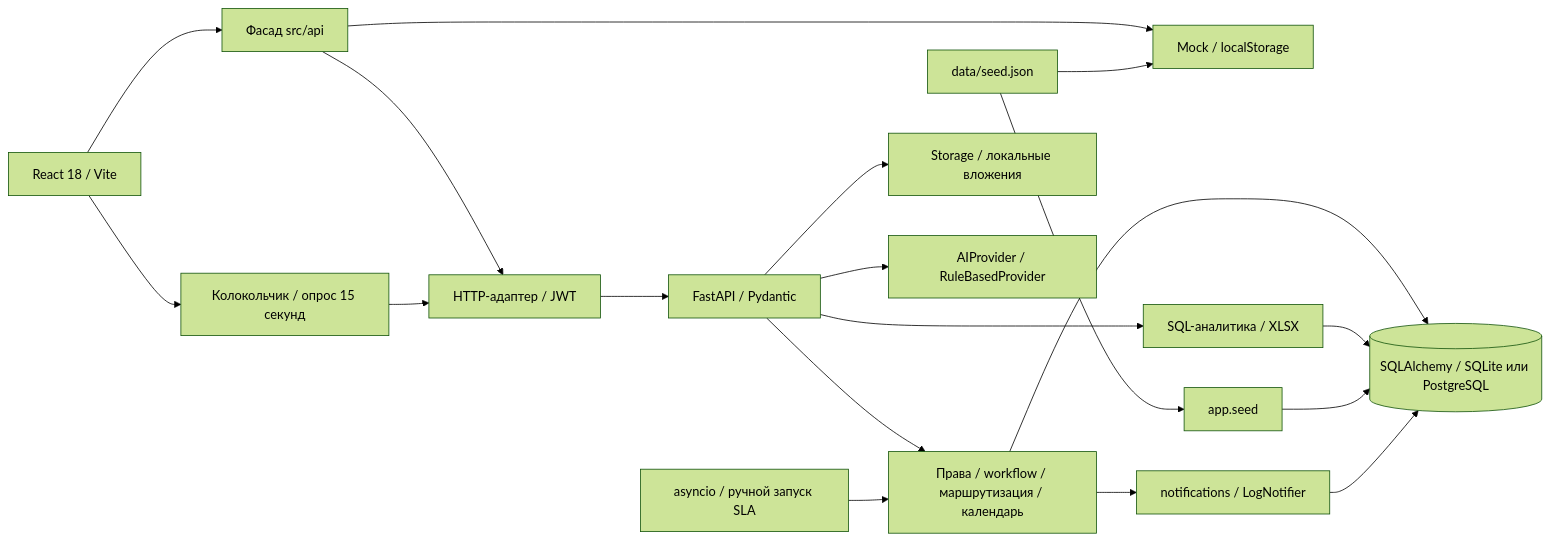
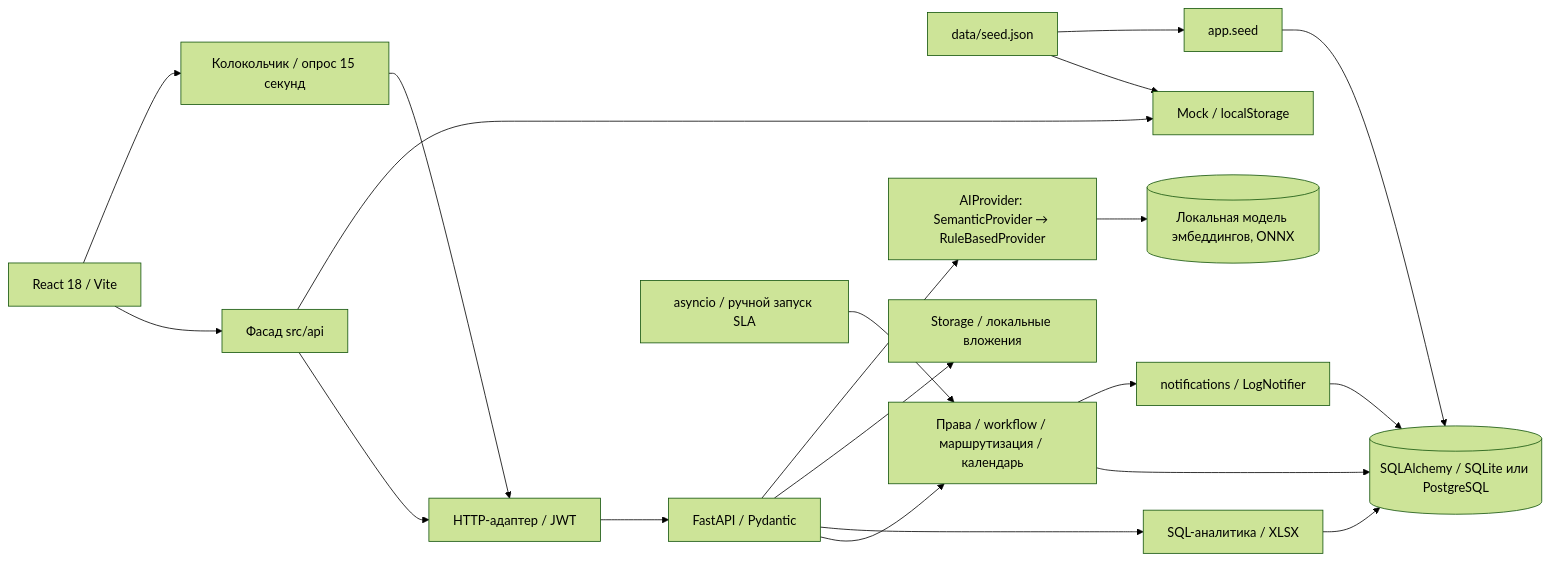
One commit to iwbhappy/ModusTradeHackathon changed the first of 3 diagrams in docs/architecture.md. Above: the diagram before and after it, drawn with Mermaid (forest theme). The commit also changed other lines of this file and 25 other files, not shown here.

````diff
--- a/docs/architecture.md
+++ b/docs/architecture.md
@@ -7,21 +7,22 @@
 ```mermaid
 flowchart LR
     UI[React 18 / Vite] --> Adapter[Фасад src/api]
     Adapter --> HTTP[HTTP-адаптер / JWT]
     Adapter --> Mock[Mock / localStorage]
     Seed[data/seed.json] --> Mock
     Seed --> Import[app.seed]
     HTTP --> API[FastAPI / Pydantic]
     API --> Domain[Права / workflow / маршрутизация / календарь]
     API --> SQL[SQL-аналитика / XLSX]
     Domain --> DB[(SQLAlchemy / SQLite или PostgreSQL)]
     SQL --> DB
     Import --> DB
     API --> Storage[Storage / локальные вложения]
-    API --> AI[AIProvider / RuleBasedProvider]
+    API --> AI[AIProvider: SemanticProvider → RuleBasedProvider]
+    AI --> EMB[(Локальная модель эмбеддингов, ONNX)]
     Timer[asyncio / ручной запуск SLA] --> Domain
     Domain --> Notice[notifications / LogNotifier]
     Notice --> DB
     UI --> Bell[Колокольчик / опрос 15 секунд]
     Bell --> HTTP
 ```
````
